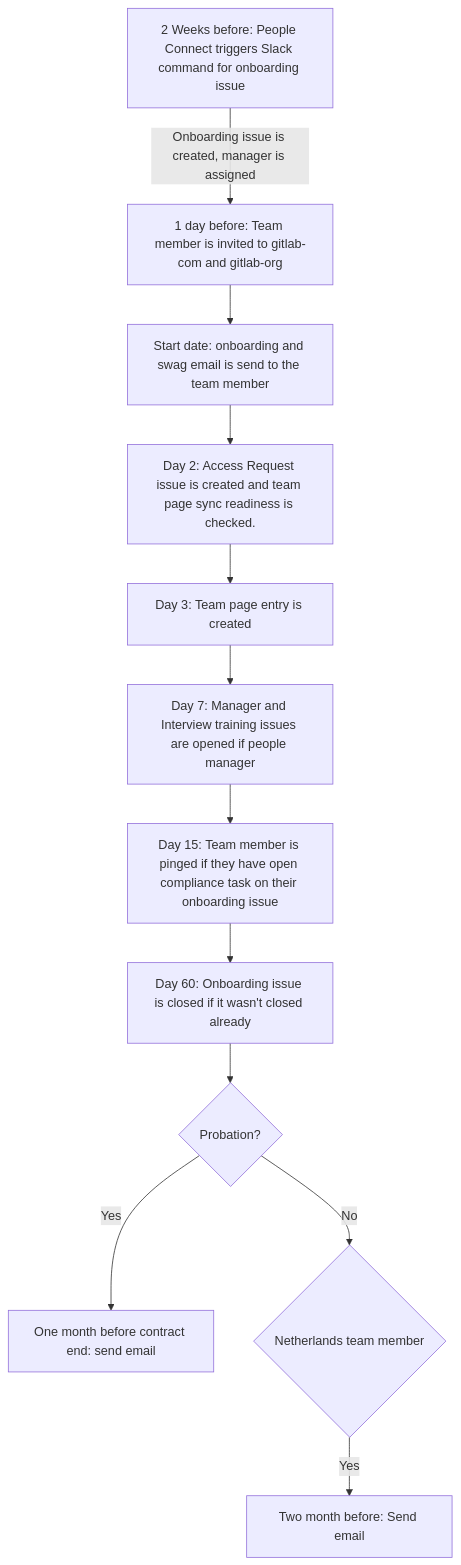
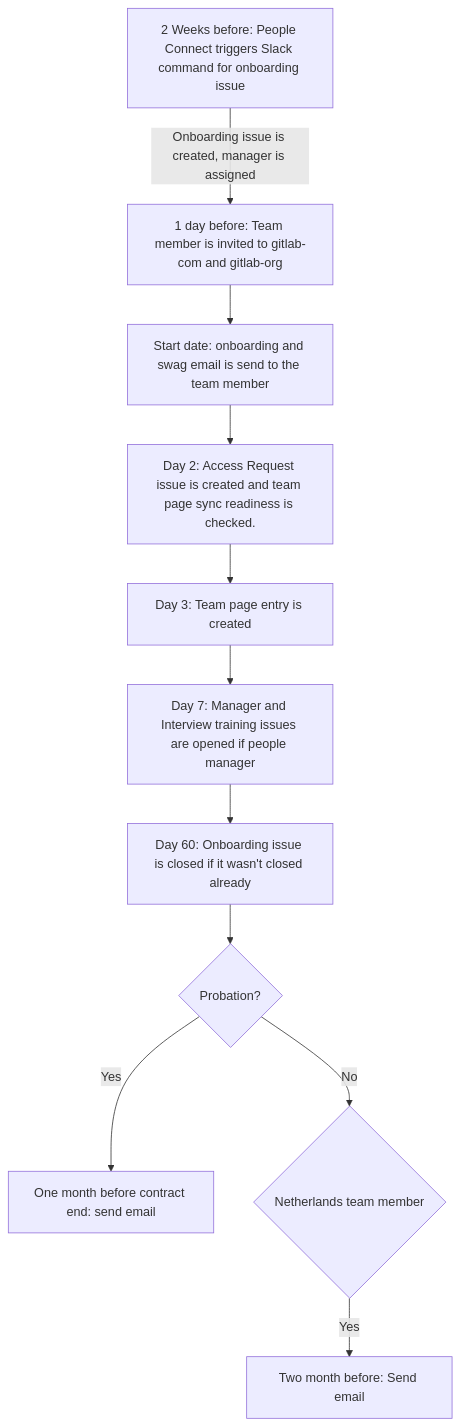
One commit to zalyoung/gitlab-handbook changed the first of 2 diagrams in content/handbook/people-group/engineering/onboarding.md. Above: the diagram before and after it, drawn with Mermaid. The commit also changed other lines of this file, not shown here.

Commit message:
Remove deprecated compliance reminder

````diff
--- a/content/handbook/people-group/engineering/onboarding.md
+++ b/content/handbook/people-group/engineering/onboarding.md
@@ -16,14 +16,13 @@
 ```mermaid
 graph TD
   A[2 Weeks before: People Connect triggers Slack command for onboarding issue] -->|Onboarding issue is created, manager is assigned| K
   K[1 day before: Team member is invited to gitlab-com and gitlab-org] --> I
   I[Start date: onboarding and swag email is send to the team member] --> C
   C[Day 2: Access Request issue is created and team page sync readiness is checked.] --> CA
   CA[Day 3: Team page entry is created] --> J
-  J[Day 7: Manager and Interview training issues are opened if people manager] --> L
-  L[Day 15: Team member is pinged if they have open compliance task on their onboarding issue] --> F
+  J[Day 7: Manager and Interview training issues are opened if people manager] --> F
   F[Day 60: Onboarding issue is closed if it wasn't closed already] --> N{Probation?}
   N -->|Yes| D[One month before contract end: send email]
   N --> |No| B{Netherlands team member}
   B --> |Yes| G[Two month before: Send email]
 ```
````
